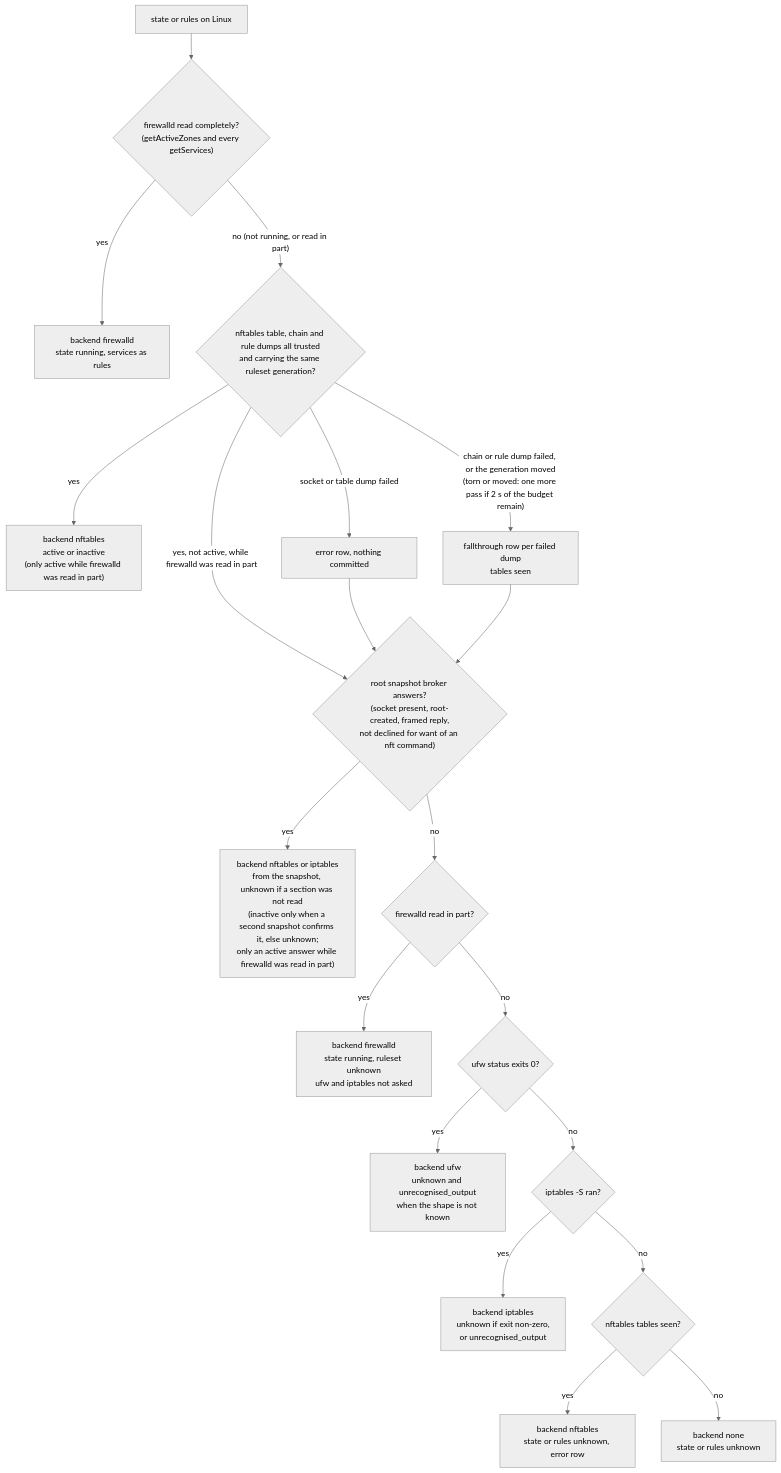
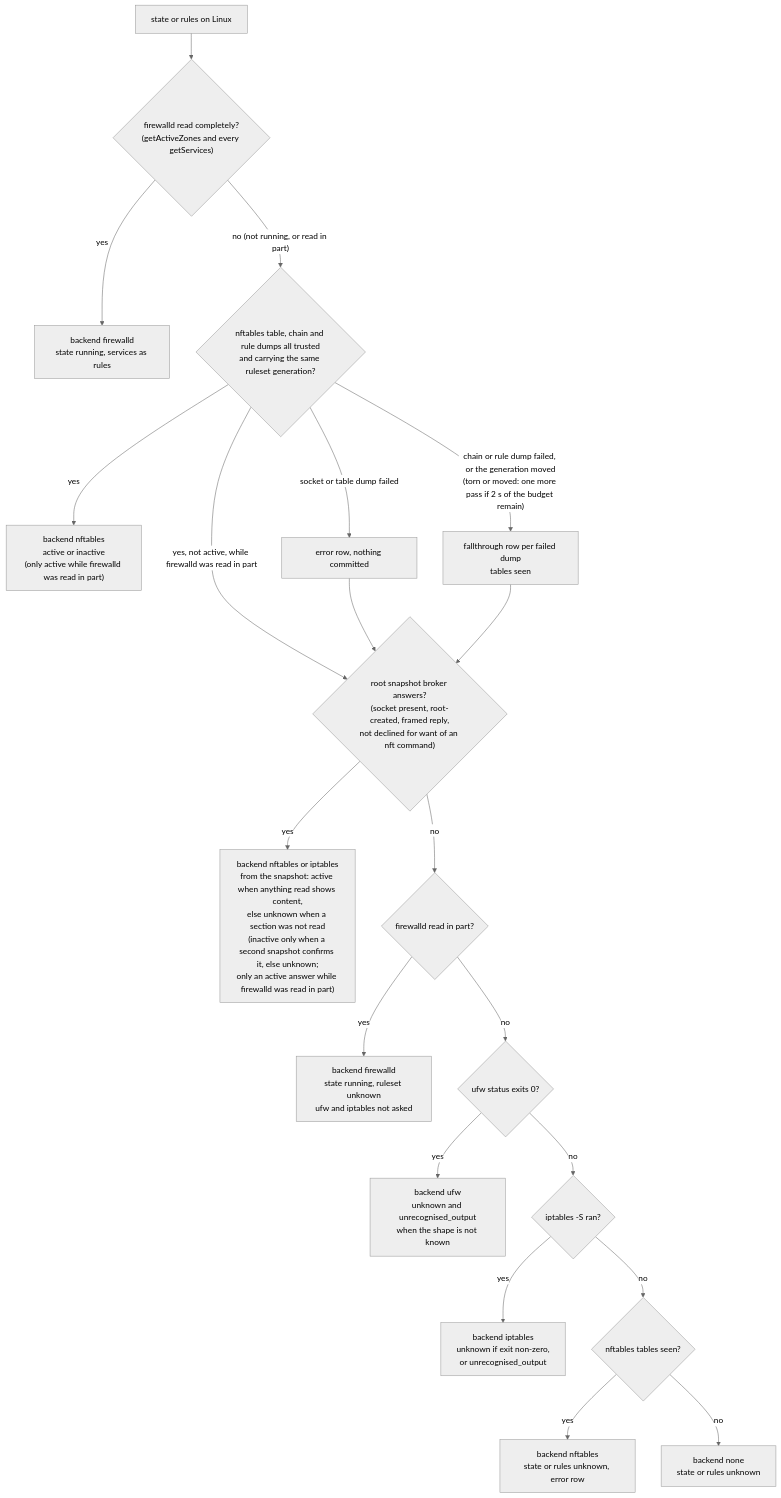
The third of 4 diagrams in agents/plugins/firewall/README.md (DevNullLtd/Yuzu), drawn with Mermaid (neutral theme) before and after one commit. The commit also changed other lines of this file and 14 other files, not shown here.

````diff
--- a/agents/plugins/firewall/README.md
+++ b/agents/plugins/firewall/README.md
@@ -95,22 +95,22 @@
 ```mermaid
 flowchart TD
   S["state or rules on Linux"] --> F{"firewalld read completely?<br/>(getActiveZones and every getServices)"}
   F -- "yes" --> FD["backend firewalld<br/>state running, services as rules"]
   F -- "no (not running, or read in part)" --> N{"nftables table, chain and rule dumps all trusted<br/>and carrying the same ruleset generation?"}
   N -- "yes" --> ND["backend nftables<br/>active or inactive<br/>(only active while firewalld was read in part)"]
   N -- "yes, not active, while firewalld was read in part" --> B
   N -- "socket or table dump failed" --> E1["error row, nothing committed"]
   N -- "chain or rule dump failed, or the generation moved<br/>(torn or moved: one more pass if 2 s of the budget remain)" --> FT["fallthrough row per failed dump<br/>tables seen"]
   E1 --> B{"root snapshot broker answers?<br/>(socket present, root-created, framed reply,<br/>not declined for want of an nft command)"}
   FT --> B
-  B -- "yes" --> BD["backend nftables or iptables<br/>from the snapshot, unknown if a section was not read<br/>(inactive only when a second snapshot confirms it, else unknown;<br/>only an active answer while firewalld was read in part)"]
+  B -- "yes" --> BD["backend nftables or iptables<br/>from the snapshot: active when anything read shows content,<br/>else unknown when a section was not read<br/>(inactive only when a second snapshot confirms it, else unknown;<br/>only an active answer while firewalld was read in part)"]
   B -- "no" --> H{"firewalld read in part?"}
   H -- "yes" --> FH["backend firewalld<br/>state running, ruleset unknown<br/>ufw and iptables not asked"]
   H -- "no" --> U{"ufw status exits 0?"}
   U -- "yes" --> UD["backend ufw<br/>unknown and unrecognised_output<br/>when the shape is not known"]
   U -- "no" --> I{"iptables -S ran?"}
   I -- "yes" --> ID["backend iptables<br/>unknown if exit non-zero,<br/>or unrecognised_output"]
   I -- "no" --> X{"nftables tables seen?"}
   X -- "yes" --> NU["backend nftables<br/>state or rules unknown, error row"]
   X -- "no" --> NONE["backend none<br/>state or rules unknown"]
 ```
````
